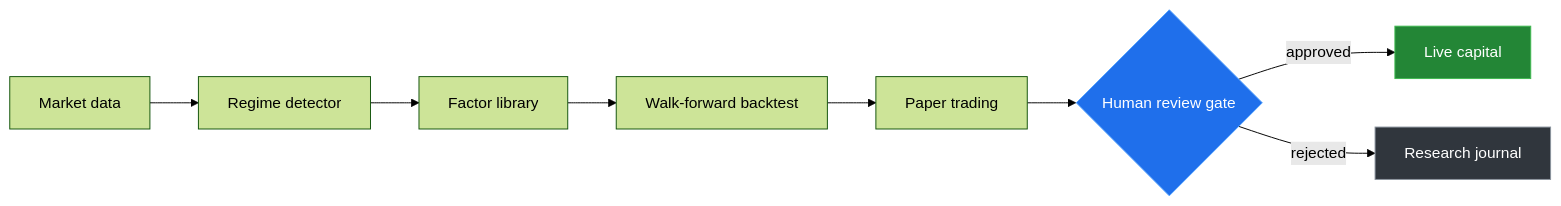
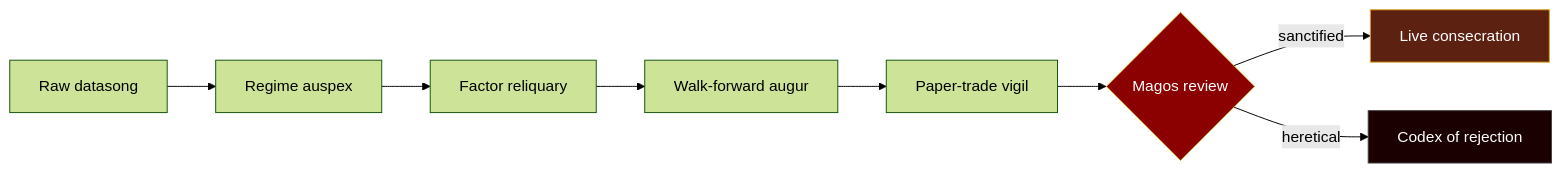
The diagram in README.md (ShellPayant/ShellPayant), drawn with Mermaid (forest theme) before and after one commit. The commit also changed other lines of this file, not shown here.

````diff
--- a/README.md
+++ b/README.md
@@ -47,14 +54,14 @@
 ```mermaid
 flowchart LR
-    A[Market data] --> B[Regime detector]
-    B --> C[Factor library]
-    C --> D[Walk-forward backtest]
-    D --> E[Paper trading]
-    E --> F{Human review gate}
-    F -->|approved| G[Live capital]
-    F -->|rejected| H[Research journal]
+    A[Raw datasong] --> B[Regime auspex]
+    B --> C[Factor reliquary]
+    C --> D[Walk-forward augur]
+    D --> E[Paper-trade vigil]
+    E --> F{Magos review}
+    F -->|sanctified| G[Live consecration]
+    F -->|heretical| H[Codex of rejection]
 
-    style F fill:#1F6FEB,color:#fff,stroke:#58A6FF
-    style G fill:#238636,color:#fff,stroke:#3FB950
-    style H fill:#30363D,color:#fff,stroke:#8B949E
+    style F fill:#8B0000,color:#fff,stroke:#DAA520
+    style G fill:#5C2110,color:#fff,stroke:#DAA520
+    style H fill:#1a0000,color:#fff,stroke:#444
 ```
````
